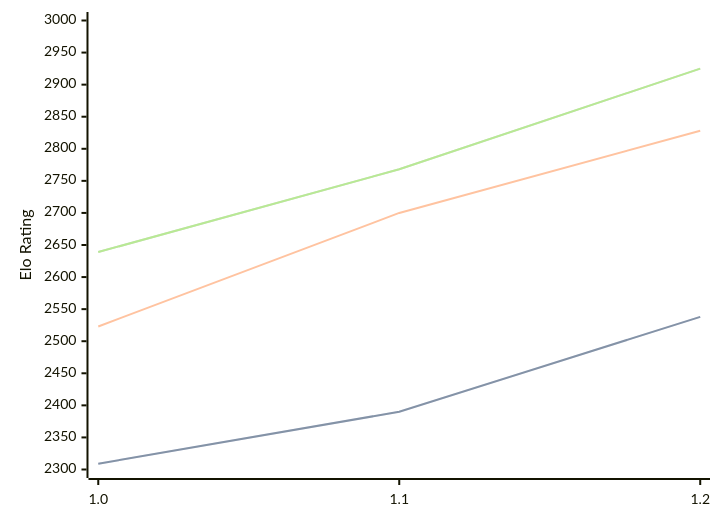
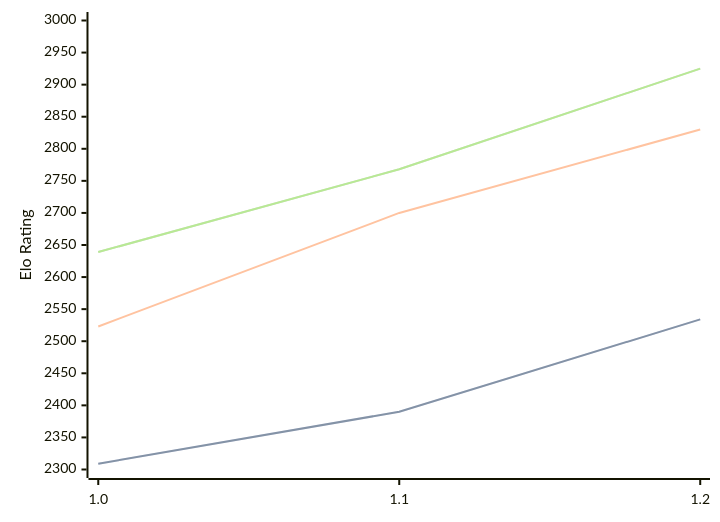
The first of 3 diagrams in engines/FoxChess.md (computer-chess-index/cci), drawn with Mermaid before and after one commit. The commit also changed other lines of this file, not shown here.

````diff
--- a/engines/FoxChess.md
+++ b/engines/FoxChess.md
@@ -33,11 +33,11 @@
 ```mermaid
 %%{init: {"theme":"base","themeVariables":{"seriesColors:['#a3a3a3','#222221','#faa371']}}}%%
 xychart-beta
   x-axis ["1.0", "1.1", "1.2"]
   y-axis "Elo Rating" 2300 --> 3000
-  line "STC (8.0+0.08s)" [2309, 2390, 2538]
-  line "STC (8.0+0.08s)" [2309, 2390, 2538]
-  line "LTC (60.0+0.60s)" [2523, 2700, 2828]
+  line "STC (8.0+0.08s)" [2309, 2390, 2534]
+  line "STC (8.0+0.08s)" [2309, 2390, 2534]
+  line "LTC (60.0+0.60s)" [2523, 2700, 2830]
   line "VLTC (2m24s+1.12s)" [2639, 2768, 2925]
   line "VLTC (2m24s+1.12s)" [2639, 2768, 2925]
 ```
````
